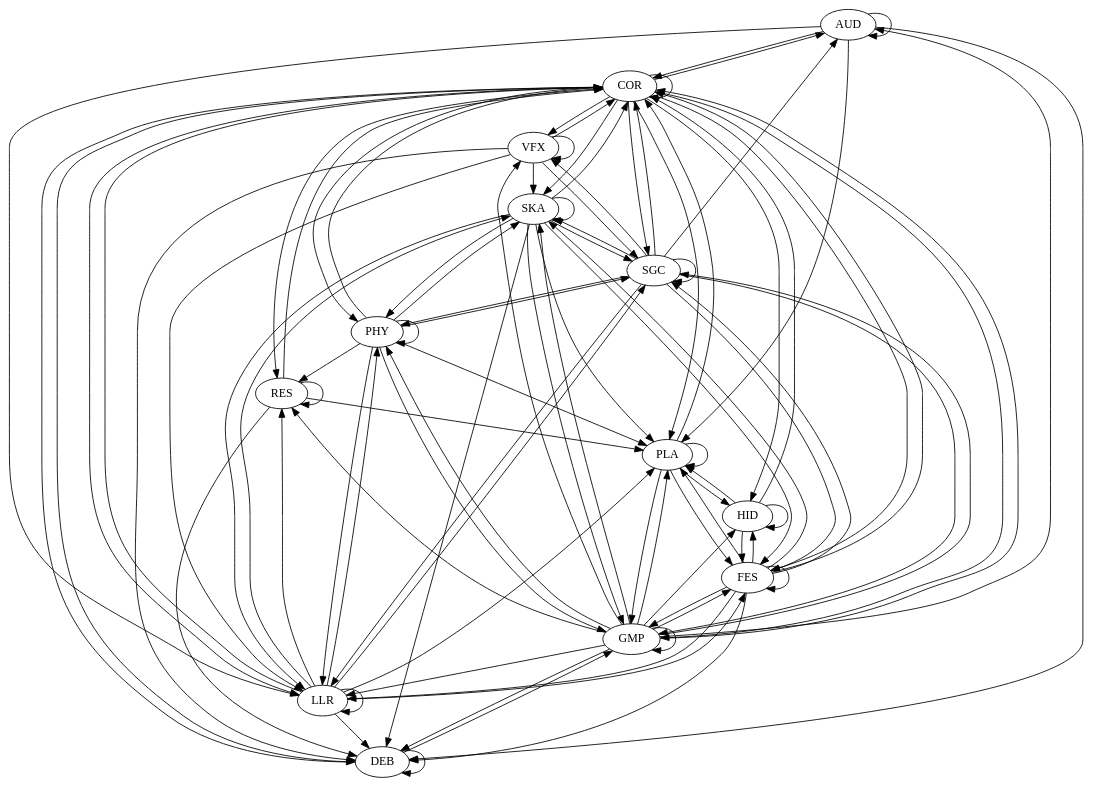
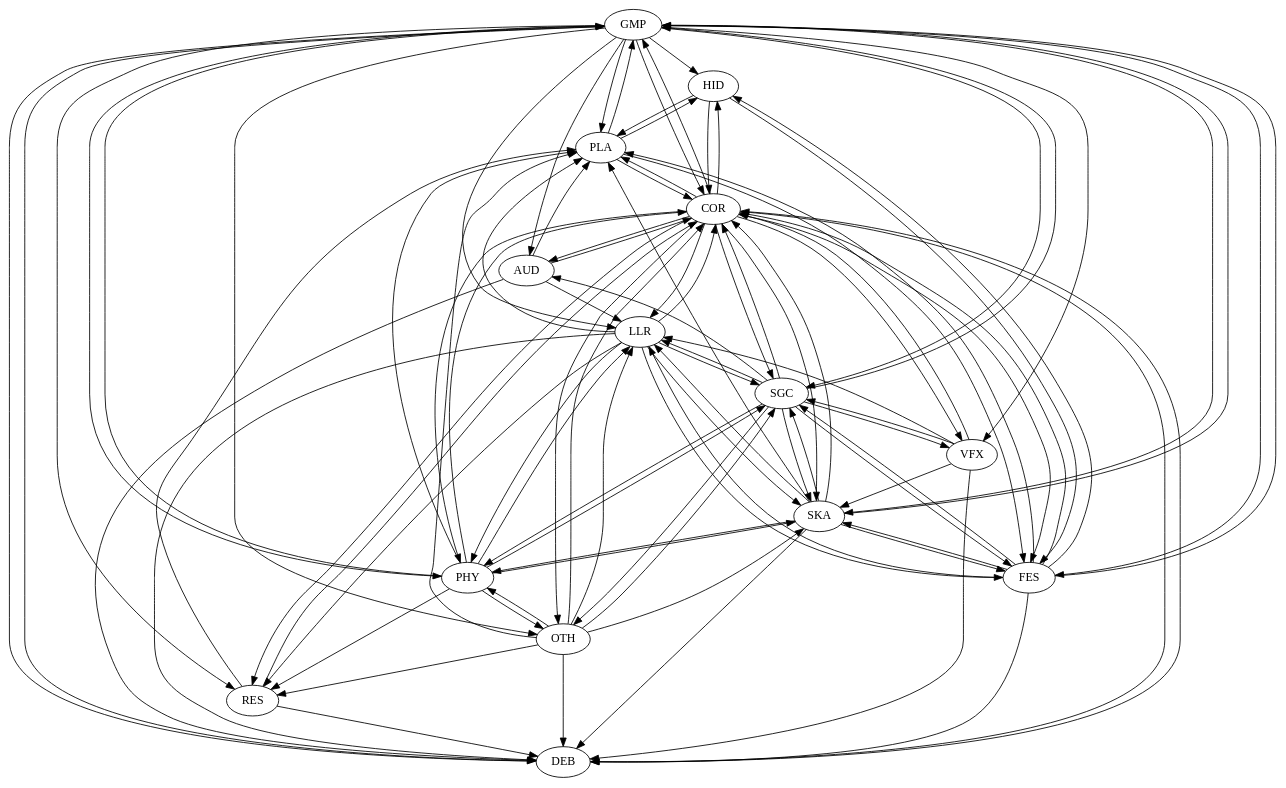
One commit to gamedev-studies/game-engine-analyser changed the diagram in 6_architectural_map_gen/outputs/gameplay.dot. Above: the diagram before and after it, drawn with Graphviz. The commit also changed 11 other files, not shown here.

```diff
--- a/6_architectural_map_gen/outputs/gameplay.dot
+++ b/6_architectural_map_gen/outputs/gameplay.dot
@@ -1,99 +1,98 @@
 digraph "source tree" {
-	"AUD" -> "AUD"
-	"AUD" -> "COR"
-	"AUD" -> "DEB"
-	"AUD" -> "LLR"
-	"AUD" -> "PLA"
-	"COR" -> "AUD"
-	"COR" -> "COR"
-	"COR" -> "DEB"
-	"COR" -> "FES"
-	"COR" -> "GMP"
-	"COR" -> "HID"
-	"COR" -> "LLR"
-	"COR" -> "PHY"
-	"COR" -> "PLA"
-	"COR" -> "RES"
-	"COR" -> "SGC"
-	"COR" -> "SKA"
-	"COR" -> "VFX"
-	"DEB" -> "COR"
-	"DEB" -> "DEB"
-	"DEB" -> "GMP"
-	"FES" -> "COR"
-	"FES" -> "DEB"
-	"FES" -> "FES"
-	"FES" -> "GMP"
-	"FES" -> "HID"
-	"FES" -> "LLR"
-	"FES" -> "PLA"
-	"FES" -> "SGC"
-	"FES" -> "SKA"
-	"GMP" -> "AUD"
-	"GMP" -> "COR"
-	"GMP" -> "DEB"
-	"GMP" -> "FES"
-	"GMP" -> "GMP"
-	"GMP" -> "HID"
-	"GMP" -> "LLR"
-	"GMP" -> "PHY"
-	"GMP" -> "PLA"
-	"GMP" -> "RES"
-	"GMP" -> "SGC"
-	"GMP" -> "SKA"
-	"GMP" -> "VFX"
-	"HID" -> "COR"
-	"HID" -> "FES"
-	"HID" -> "HID"
-	"HID" -> "PLA"
-	"LLR" -> "COR"
-	"LLR" -> "DEB"
-	"LLR" -> "FES"
-	"LLR" -> "LLR"
-	"LLR" -> "PHY"
-	"LLR" -> "PLA"
-	"LLR" -> "RES"
-	"LLR" -> "SGC"
-	"LLR" -> "SKA"
-	"PHY" -> "COR"
-	"PHY" -> "GMP"
-	"PHY" -> "LLR"
-	"PHY" -> "PHY"
-	"PHY" -> "PLA"
-	"PHY" -> "RES"
-	"PHY" -> "SGC"
-	"PHY" -> "SKA"
-	"PLA" -> "COR"
-	"PLA" -> "FES"
-	"PLA" -> "GMP"
-	"PLA" -> "HID"
-	"PLA" -> "PLA"
-	"RES" -> "COR"
-	"RES" -> "DEB"
-	"RES" -> "PLA"
-	"RES" -> "RES"
-	"SGC" -> "AUD"
-	"SGC" -> "COR"
-	"SGC" -> "FES"
-	"SGC" -> "GMP"
-	"SGC" -> "LLR"
-	"SGC" -> "PHY"
-	"SGC" -> "SGC"
-	"SGC" -> "SKA"
-	"SGC" -> "VFX"
-	"SKA" -> "COR"
-	"SKA" -> "DEB"
-	"SKA" -> "FES"
-	"SKA" -> "GMP"
-	"SKA" -> "LLR"
-	"SKA" -> "PHY"
-	"SKA" -> "PLA"
-	"SKA" -> "SGC"
-	"SKA" -> "SKA"
-	"VFX" -> "COR"
-	"VFX" -> "DEB"
-	"VFX" -> "LLR"
-	"VFX" -> "SGC"
-	"VFX" -> "SKA"
-	"VFX" -> "VFX"
+GMP->HID
+GMP->SGC
+GMP->PLA
+GMP->RES
+GMP->OTH
+GMP->SKA
+GMP->FES
+GMP->PHY
+GMP->LLR
+GMP->VFX
+GMP->COR
+GMP->AUD
+GMP->DEB
+RES->DEB
+RES->COR
+RES->PLA
+LLR->SGC
+LLR->RES
+LLR->PLA
+LLR->FES
+LLR->SKA
+LLR->DEB
+LLR->COR
+LLR->PHY
+SGC->VFX
+SGC->AUD
+SGC->GMP
+SGC->SKA
+SGC->OTH
+SGC->FES
+SGC->COR
+SGC->LLR
+SGC->PHY
+FES->SGC
+FES->HID
+FES->PLA
+FES->GMP
+FES->SKA
+FES->DEB
+FES->COR
+FES->LLR
+COR->HID
+COR->GMP
+COR->SGC
+COR->PLA
+COR->SKA
+COR->OTH
+COR->RES
+COR->FES
+COR->PHY
+COR->LLR
+COR->VFX
+COR->AUD
+COR->DEB
+PHY->SGC
+PHY->RES
+PHY->PLA
+PHY->GMP
+PHY->OTH
+PHY->SKA
+PHY->COR
+PHY->LLR
+HID->COR
+HID->FES
+HID->PLA
+AUD->LLR
+AUD->COR
+AUD->DEB
+AUD->PLA
+SKA->SGC
+SKA->PLA
+SKA->GMP
+SKA->FES
+SKA->DEB
+SKA->COR
+SKA->LLR
+SKA->PHY
+PLA->HID
+PLA->COR
+PLA->FES
+PLA->GMP
+OTH->SGC
+OTH->RES
+OTH->PLA
+OTH->SKA
+OTH->DEB
+OTH->COR
+OTH->LLR
+OTH->PHY
+VFX->SGC
+VFX->SKA
+VFX->DEB
+VFX->COR
+VFX->LLR
+DEB->COR
+DEB->GMP
 }
```
